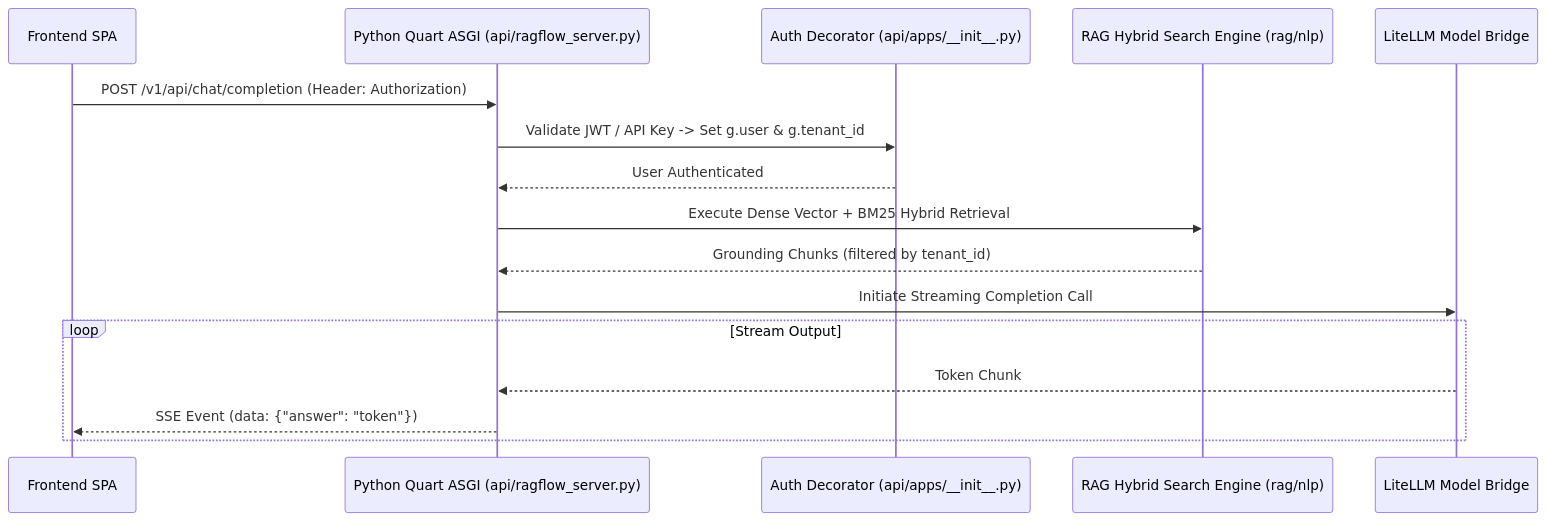
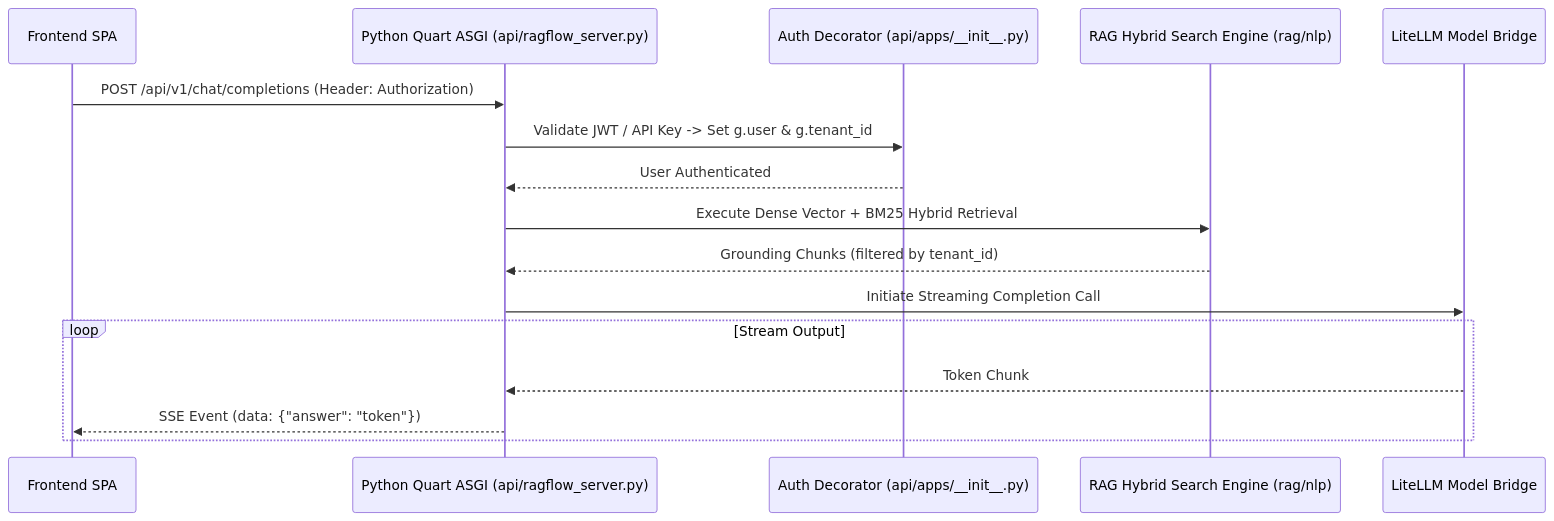
The second of 2 diagrams in ragflow-docs/04-api/api-call-flow.md (6sLOGAN78/devRAG), drawn with Mermaid before and after one commit. The commit also changed 35 other files, not shown here.

````diff
--- a/ragflow-docs/04-api/api-call-flow.md
+++ b/ragflow-docs/04-api/api-call-flow.md
@@ -31,20 +31,20 @@
 ```mermaid
 sequenceDiagram
     participant Client as Frontend SPA
     participant Quart as Python Quart ASGI (api/ragflow_server.py)
     participant Auth as Auth Decorator (api/apps/__init__.py)
     participant RAG as RAG Hybrid Search Engine (rag/nlp)
     participant LLM as LiteLLM Model Bridge
 
-    Client->>Quart: POST /v1/api/chat/completion (Header: Authorization)
+    Client->>Quart: POST /api/v1/chat/completions (Header: Authorization)
     Quart->>Auth: Validate JWT / API Key -> Set g.user & g.tenant_id
     Auth-->>Quart: User Authenticated
     Quart->>RAG: Execute Dense Vector + BM25 Hybrid Retrieval
     RAG-->>Quart: Grounding Chunks (filtered by tenant_id)
     Quart->>LLM: Initiate Streaming Completion Call
     
     loop Stream Output
         LLM-->>Quart: Token Chunk
         Quart-->>Client: SSE Event (data: {"answer": "token"})
     end
 ```
````
